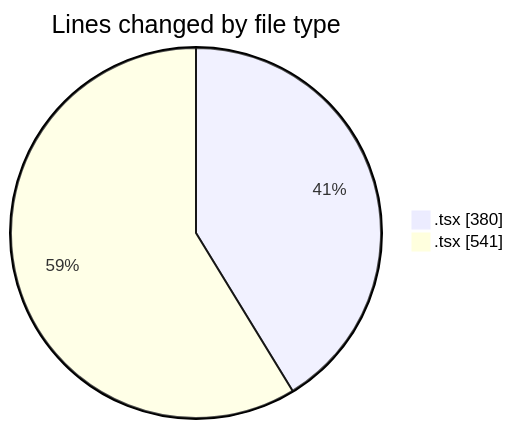
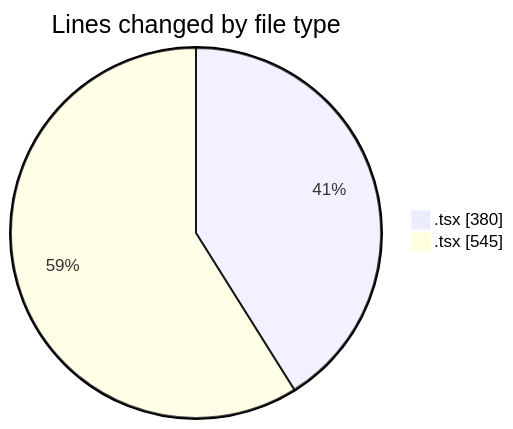
Before and after one commit to robertbonfada/code-tracking: the first of 2 diagrams in 2025-02-06/mbc-web/README.md, drawn with Mermaid. The commit also changed other lines of this file and 1 other file, not shown here.

````diff
--- a/2025-02-06/mbc-web/README.md
+++ b/2025-02-06/mbc-web/README.md
@@ -24,6 +24,6 @@
 ```mermaid
 pie showData
 title Lines changed by file type
 ".tsx " : 380
-".tsx" : 541
+".tsx" : 545
 ```
````
